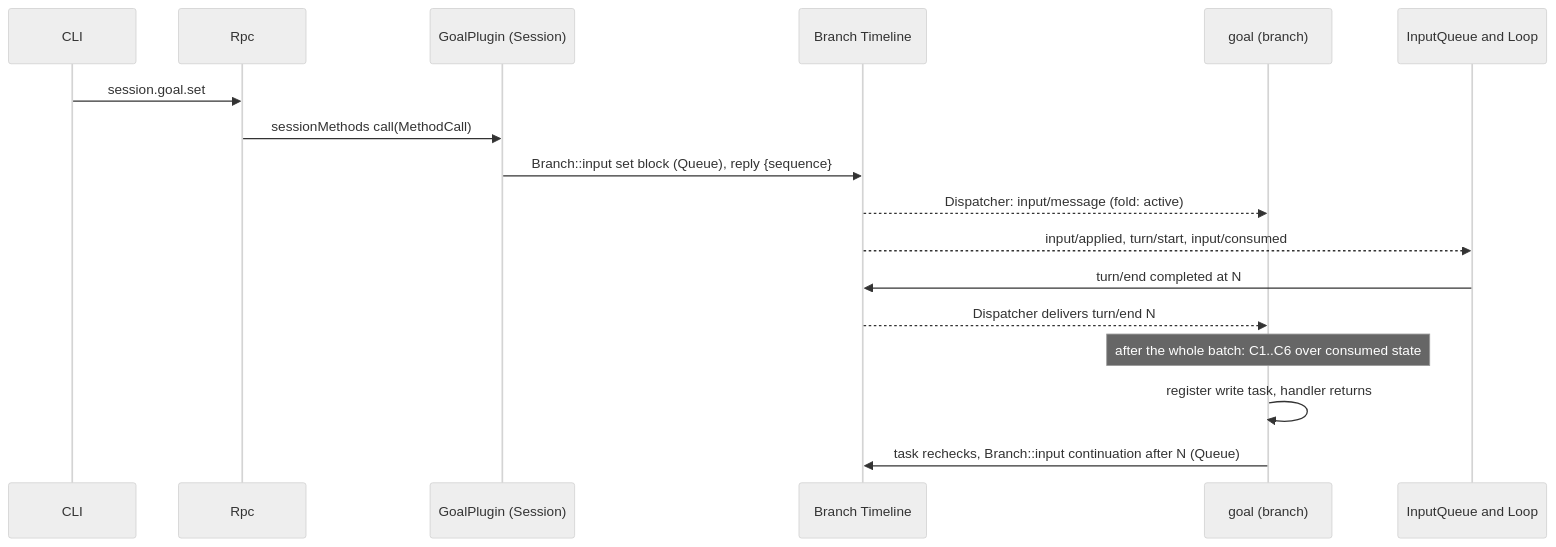
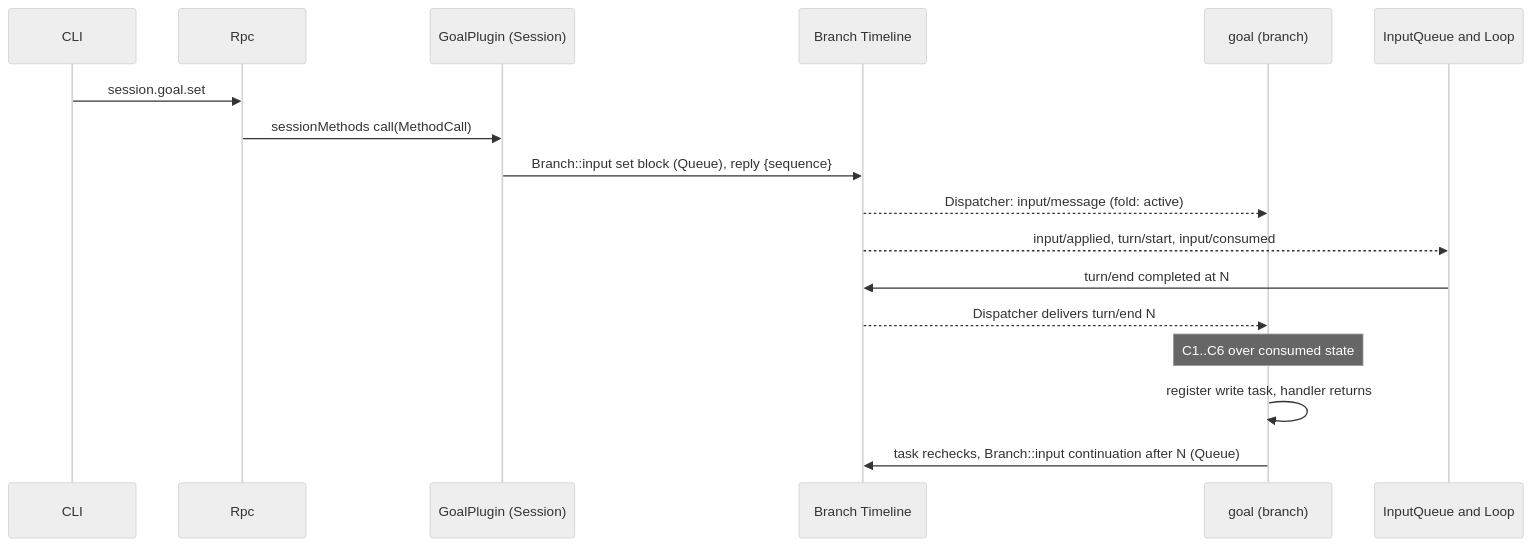
The third of 7 diagrams in docs/design/plugins/Goal.md (CoutinhoTTS/dim-agent), drawn with Mermaid (neutral theme) before and after one commit. The commit also changed other lines of this file and 9 other files, not shown here.

````diff
--- a/docs/design/plugins/Goal.md
+++ b/docs/design/plugins/Goal.md
@@ -106,19 +106,19 @@
 ```mermaid
 sequenceDiagram
   participant CLI
   participant Rpc
   participant GS as GoalPlugin (Session)
   participant TL as Branch Timeline
   participant G as goal (branch)
   participant IQ as InputQueue and Loop
   CLI->>Rpc: session.goal.set
   Rpc->>GS: sessionMethods call(MethodCall)
   GS->>TL: Branch::input set block (Queue), reply {sequence}
   TL-->>G: Dispatcher: input/message (fold: active)
   TL-->>IQ: input/applied, turn/start, input/consumed
   IQ->>TL: turn/end completed at N
   TL-->>G: Dispatcher delivers turn/end N
-  Note over G: after the whole batch: C1..C6 over consumed state
+  Note over G: C1..C6 over consumed state
   G->>G: register write task, handler returns
   G->>TL: task rechecks, Branch::input continuation after N (Queue)
 ```
````
